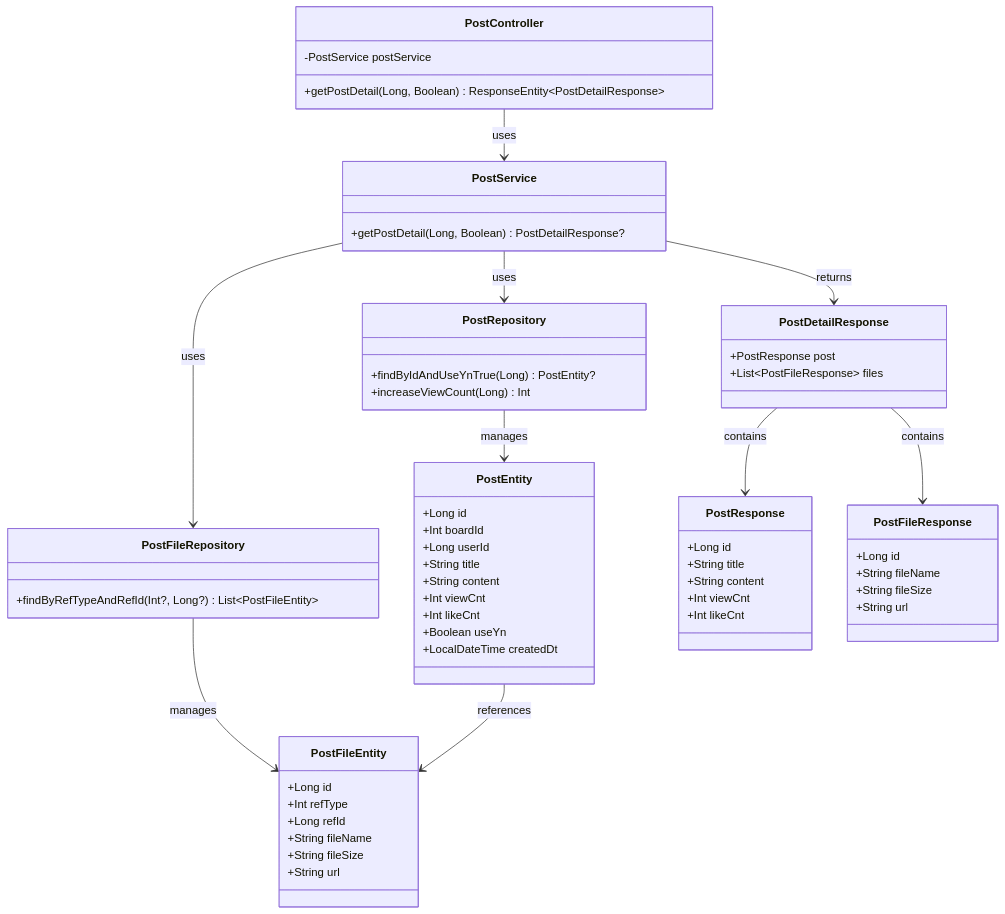
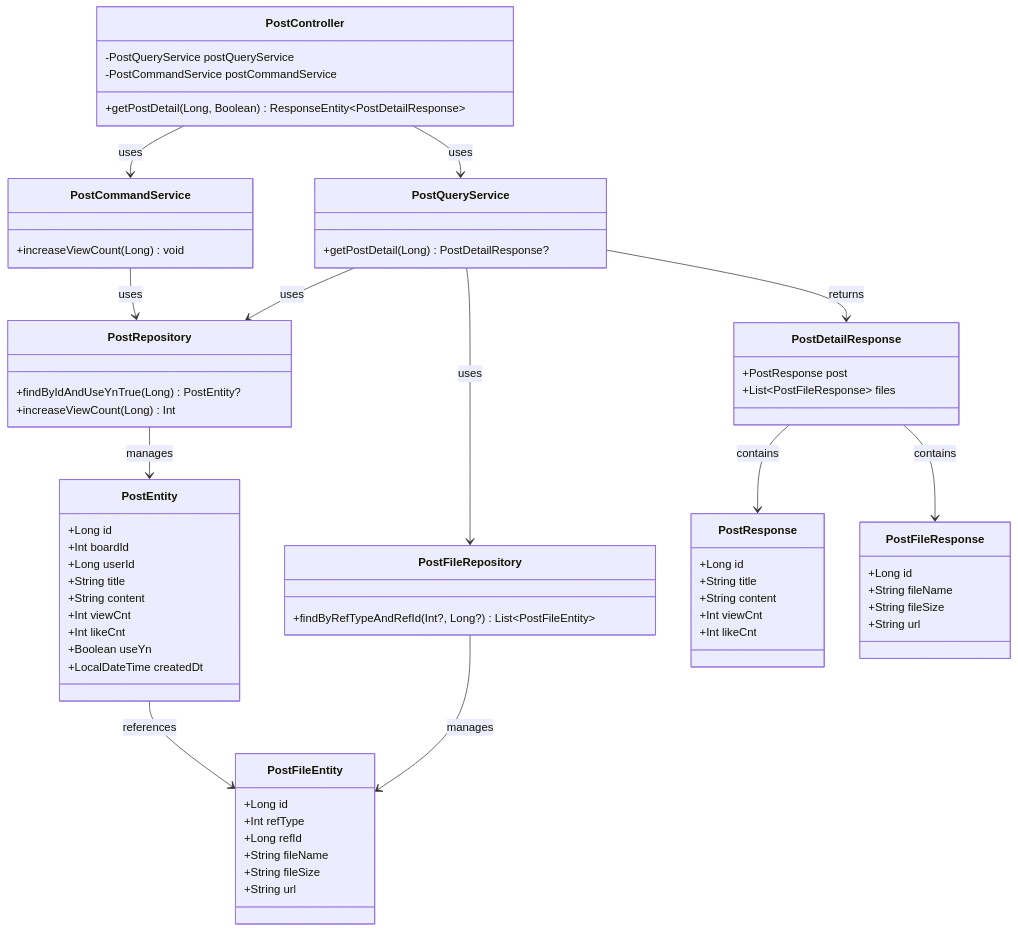
One commit to RKS-t/JungleBook changed the diagram in doc/post/PostController/getPostDetail-class-diagram.md. Above: the diagram before and after it, drawn with Mermaid. The commit also changed 18 other files, not shown here.

First line of the commit message:
docs: update Mermaid charts for CQRS services

````diff
--- a/doc/post/PostController/getPostDetail-class-diagram.md
+++ b/doc/post/PostController/getPostDetail-class-diagram.md
@@ -3,71 +3,78 @@
 ```mermaid
 classDiagram
     class PostController {
-        -PostService postService
+        -PostQueryService postQueryService
+        -PostCommandService postCommandService
         +getPostDetail(Long, Boolean) ResponseEntity~PostDetailResponse~
     }
     
-    class PostService {
-        +getPostDetail(Long, Boolean) PostDetailResponse?
+    class PostQueryService {
+        +getPostDetail(Long) PostDetailResponse?
+    }
+    
+    class PostCommandService {
+        +increaseViewCount(Long) void
     }
     
     class PostRepository {
         +findByIdAndUseYnTrue(Long) PostEntity?
         +increaseViewCount(Long) Int
     }
     
     class PostFileRepository {
         +findByRefTypeAndRefId(Int?, Long?) List~PostFileEntity~
     }
     
     class PostEntity {
         +Long id
         +Int boardId
         +Long userId
         +String title
         +String content
         +Int viewCnt
         +Int likeCnt
         +Boolean useYn
         +LocalDateTime createdDt
     }
     
     class PostFileEntity {
         +Long id
         +Int refType
         +Long refId
         +String fileName
         +String fileSize
         +String url
     }
     
     class PostDetailResponse {
         +PostResponse post
         +List~PostFileResponse~ files
     }
     
     class PostResponse {
         +Long id
         +String title
         +String content
         +Int viewCnt
         +Int likeCnt
     }
     
     class PostFileResponse {
         +Long id
         +String fileName
         +String fileSize
         +String url
     }
     
-    PostController --> PostService : uses
-    PostService --> PostRepository : uses
-    PostService --> PostFileRepository : uses
+    PostController --> PostQueryService : uses
+    PostController --> PostCommandService : uses
+    PostQueryService --> PostRepository : uses
+    PostQueryService --> PostFileRepository : uses
+    PostCommandService --> PostRepository : uses
     PostRepository --> PostEntity : manages
     PostFileRepository --> PostFileEntity : manages
-    PostService --> PostDetailResponse : returns
+    PostQueryService --> PostDetailResponse : returns
     PostDetailResponse --> PostResponse : contains
     PostDetailResponse --> PostFileResponse : contains
     PostEntity --> PostFileEntity : references
 ```
````
